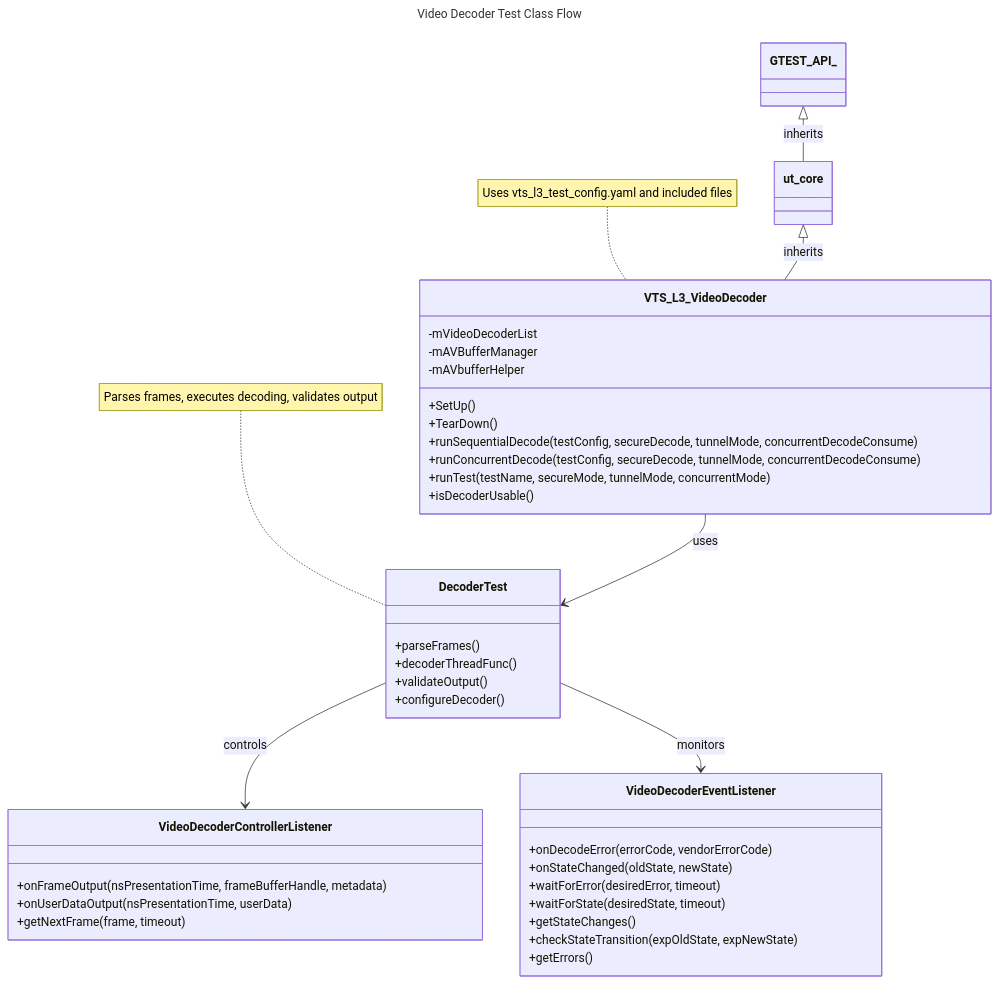
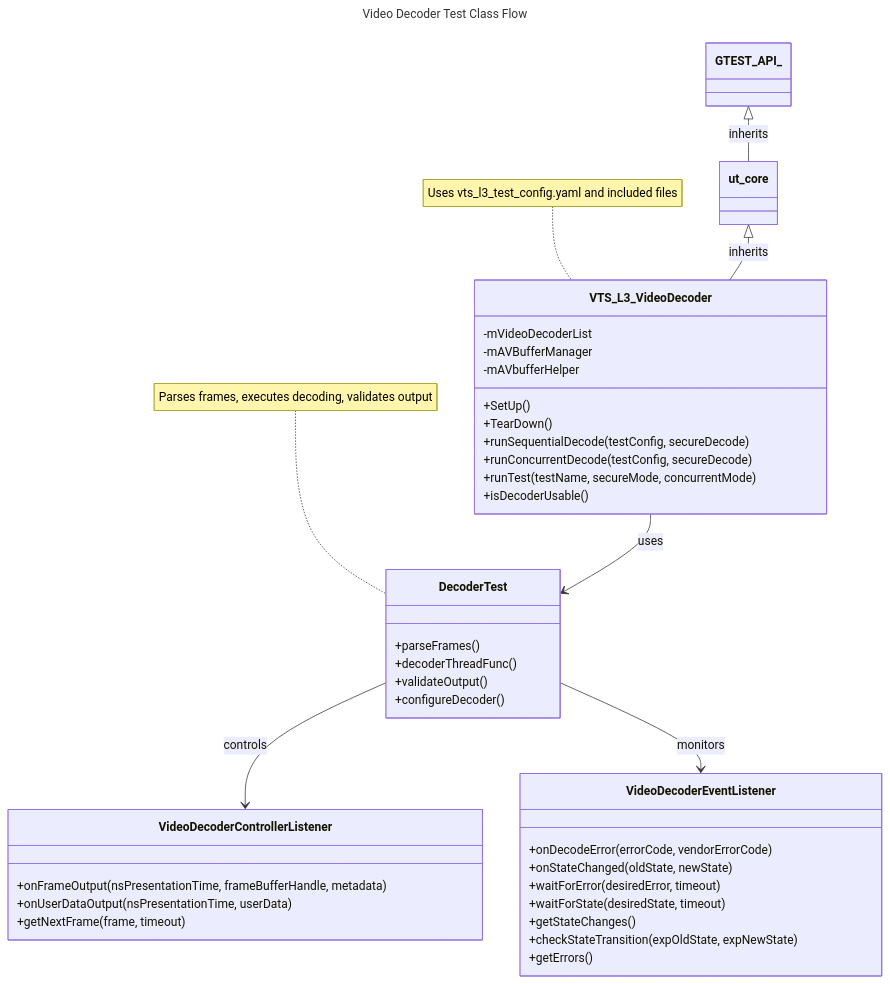
The first of 10 diagrams in docs/pages/VideoDecoder_L3_Low-level_TestSpecification.md (rdkcentral/rdk-halif-aidl-test-videodecoder), drawn with Mermaid before and after one commit. The commit also changed other lines of this file and 1 other file, not shown here.

````diff
--- a/docs/pages/VideoDecoder_L3_Low-level_TestSpecification.md
+++ b/docs/pages/VideoDecoder_L3_Low-level_TestSpecification.md
@@ -224,48 +224,48 @@
 ```mermaid
 ---
 title: Video Decoder Test Class Flow
 ---
 classDiagram
     class GTEST_API_ {
     }
     class ut_core {
     }
     class VTS_L3_VideoDecoder {
         +SetUp()
         +TearDown()
-        +runSequentialDecode(testConfig, secureDecode, tunnelMode, concurrentDecodeConsume)
-        +runConcurrentDecode(testConfig, secureDecode, tunnelMode, concurrentDecodeConsume)
-        +runTest(testName, secureMode, tunnelMode, concurrentMode)
+        +runSequentialDecode(testConfig, secureDecode)
+        +runConcurrentDecode(testConfig, secureDecode)
+        +runTest(testName, secureMode, concurrentMode)
         +isDecoderUsable()
         -mVideoDecoderList
         -mAVBufferManager
         -mAVbufferHelper
     }
     class DecoderTest {
         +parseFrames()
         +decoderThreadFunc()
         +validateOutput()
         +configureDecoder()
     }
     class VideoDecoderControllerListener {
         +onFrameOutput(nsPresentationTime, frameBufferHandle, metadata)
         +onUserDataOutput(nsPresentationTime, userData)
         +getNextFrame(frame, timeout)
     }
     class VideoDecoderEventListener {
         +onDecodeError(errorCode, vendorErrorCode)
         +onStateChanged(oldState, newState)
         +waitForError(desiredError, timeout)
         +waitForState(desiredState, timeout)
         +getStateChanges()
         +checkStateTransition(expOldState, expNewState)
         +getErrors()
     }
     GTEST_API_ <|-- ut_core : inherits
     ut_core <|-- VTS_L3_VideoDecoder : inherits
     VTS_L3_VideoDecoder --> DecoderTest : uses
     DecoderTest --> VideoDecoderControllerListener : controls
     DecoderTest --> VideoDecoderEventListener : monitors
     note for VTS_L3_VideoDecoder "Uses vts_l3_test_config.yaml and included files"
     note for DecoderTest "Parses frames, executes decoding, validates output"
 ```
````
